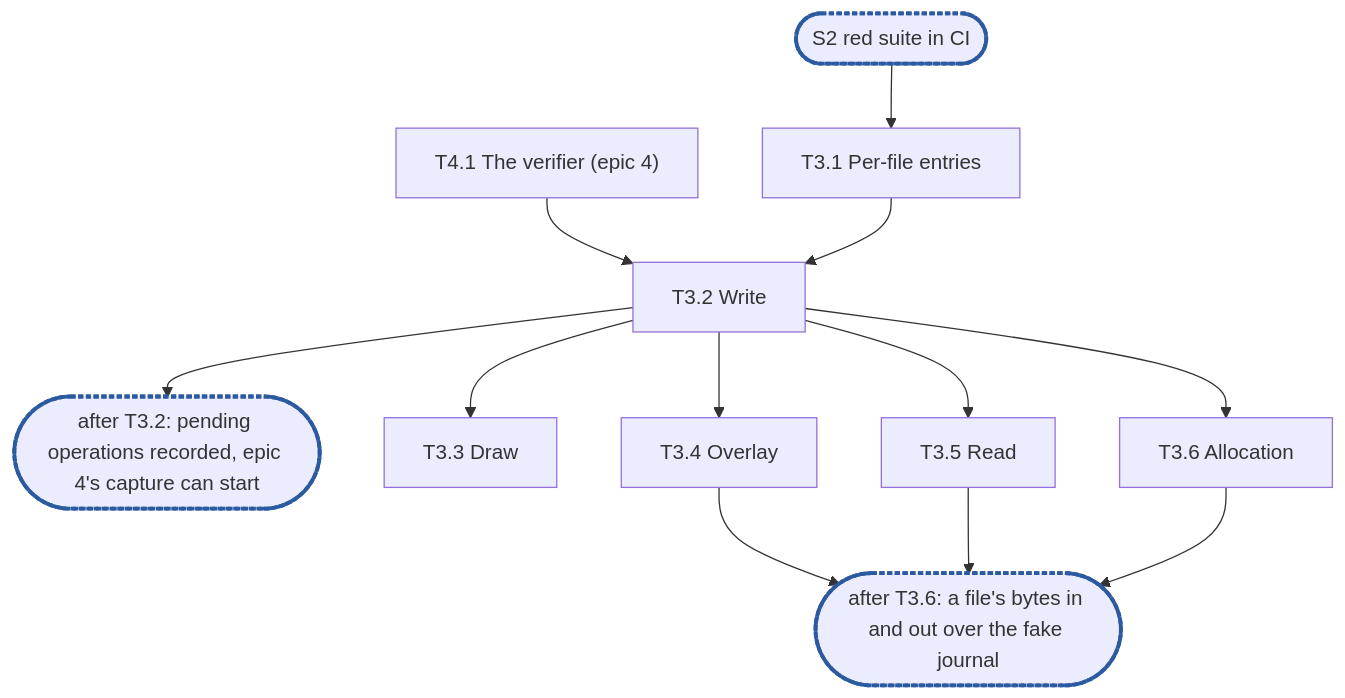
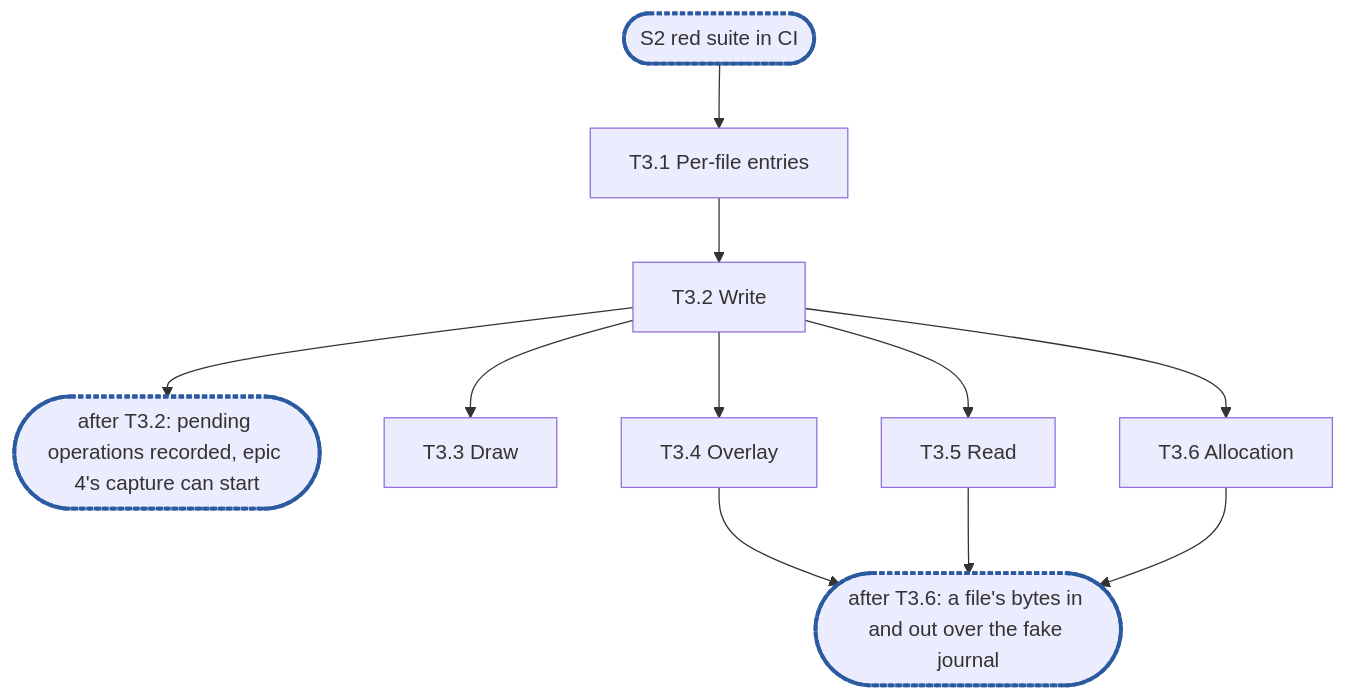
The diagram in docs/internals/planning/rfc-8-engine-epic3.md (marmos91/dittofs), drawn with Mermaid before and after one commit. The commit also changed other lines of this file, not shown here.

Commit message:
docs(planning): epic 3's Write takes a stand-in verifier until epic 4, and Content is RFC 17 §2.3

````diff
--- a/docs/internals/planning/rfc-8-engine-epic3.md
+++ b/docs/internals/planning/rfc-8-engine-epic3.md
@@ -461,10 +468,9 @@
 ```mermaid
 flowchart TD
   S2(["S2 red suite in CI"]):::sync --> T3_1["T3.1 Per-file entries"]
-  T4_1["T4.1 The verifier (epic 4)"] --> T3_2
   T3_1 --> T3_2["T3.2 Write"]
   T3_2 --> C1(["after T3.2: pending operations recorded, epic 4's capture can start"]):::sync
   T3_2 --> T3_3["T3.3 Draw"] & T3_4["T3.4 Overlay"] & T3_5["T3.5 Read"] & T3_6["T3.6 Allocation"]
   T3_4 & T3_5 & T3_6 --> C2(["after T3.6: a file's bytes in and out over the fake journal"]):::sync
   classDef sync stroke:#2c5aa0,stroke-width:3px,stroke-dasharray:4 2
 ```
````
